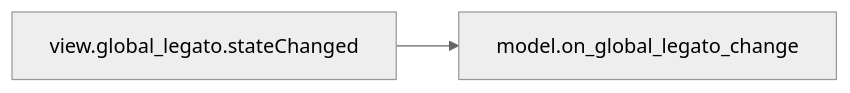
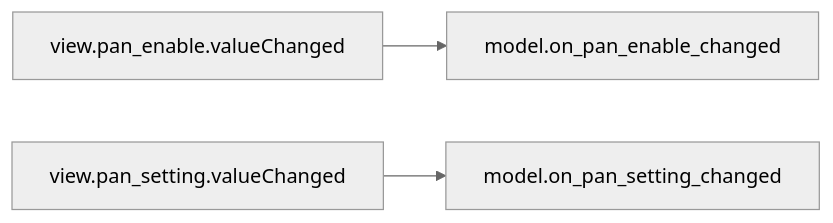
Before and after one commit to com-posers-pit/smw_music: the fourth of 6 diagrams in doc/source/dashboard_signal_slot_map.rst, drawn with Mermaid (neutral theme). The commit also changed other lines of this file, not shown here.

```diff
--- a/doc/source/dashboard_signal_slot_map.rst
+++ b/doc/source/dashboard_signal_slot_map.rst
@@ -74,4 +79,5 @@
 .. mermaid::
 
    flowchart LR
-     view.global_legato.stateChanged --> model.on_global_legato_change
+      view.pan_enable.valueChanged --> model.on_pan_enable_changed
+      view.pan_setting.valueChanged --> model.on_pan_setting_changed
```
